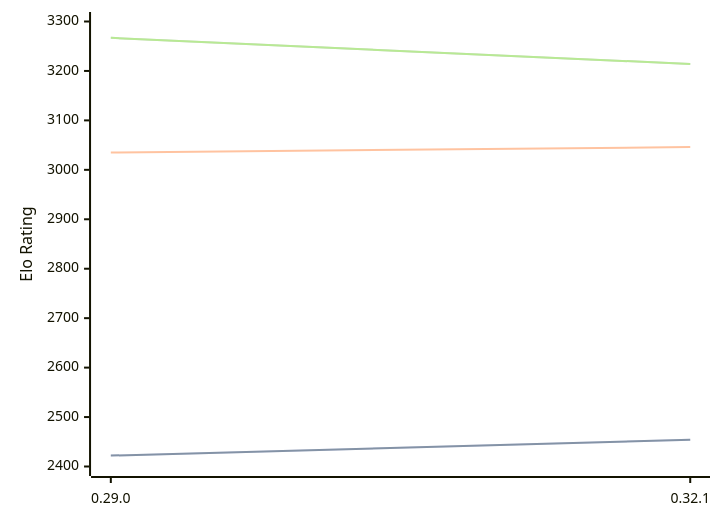
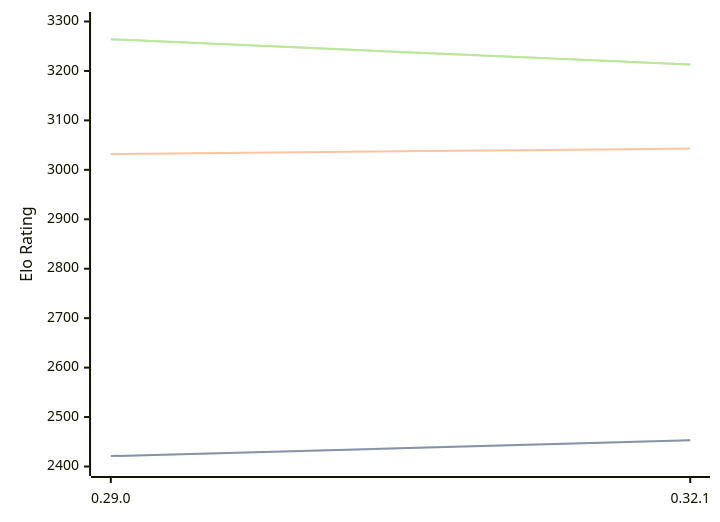
One commit to computer-chess-index/cci changed the diagram in engines/Lc0.md. Above: the diagram before and after it, drawn with Mermaid. The commit also changed other lines of this file, not shown here.

Commit message:
Update CCI Ratings (ELO VLTC) - 2026-04-23

````diff
--- a/engines/Lc0.md
+++ b/engines/Lc0.md
@@ -68,11 +68,11 @@
 ```mermaid
 %%{init: {"theme":"base","themeVariables":{"seriesColors:['#a3a3a3','#222221','#faa371']}}}%%
 xychart-beta
   x-axis ["0.29.0", "0.32.1"]
   y-axis "Elo Rating" 2400 --> 3300
-  line "STC (8.0+0.08s)" [2422, 2454]
-  line "STC (8.0+0.08s)" [2422, 2454]
-  line "LTC (60.0+0.60s)" [3035, 3046]
-  line "VLTC (2m24s+1.12s)" [3267, 3214]
-  line "VLTC (2m24s+1.12s)" [3267, 3214]
+  line "STC (8.0+0.08s)" [2421, 2453]
+  line "STC (8.0+0.08s)" [2421, 2453]
+  line "LTC (60.0+0.60s)" [3032, 3043]
+  line "VLTC (2m24s+1.12s)" [3264, 3213]
+  line "VLTC (2m24s+1.12s)" [3264, 3213]
 ```
````
